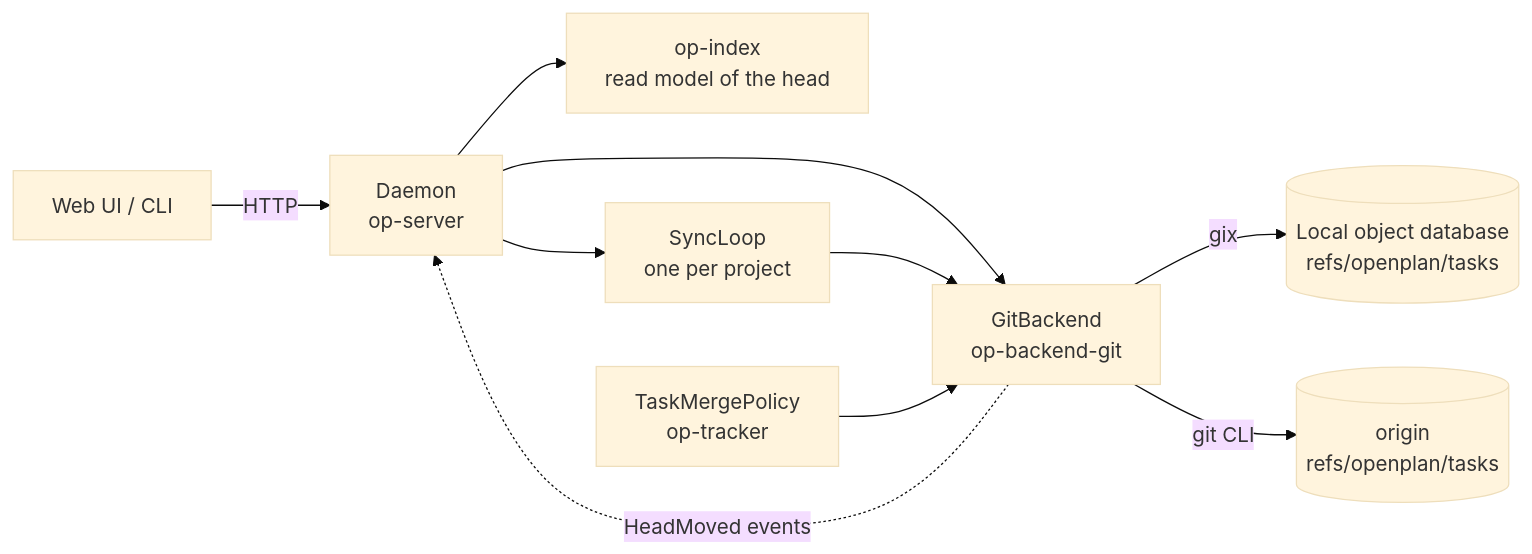
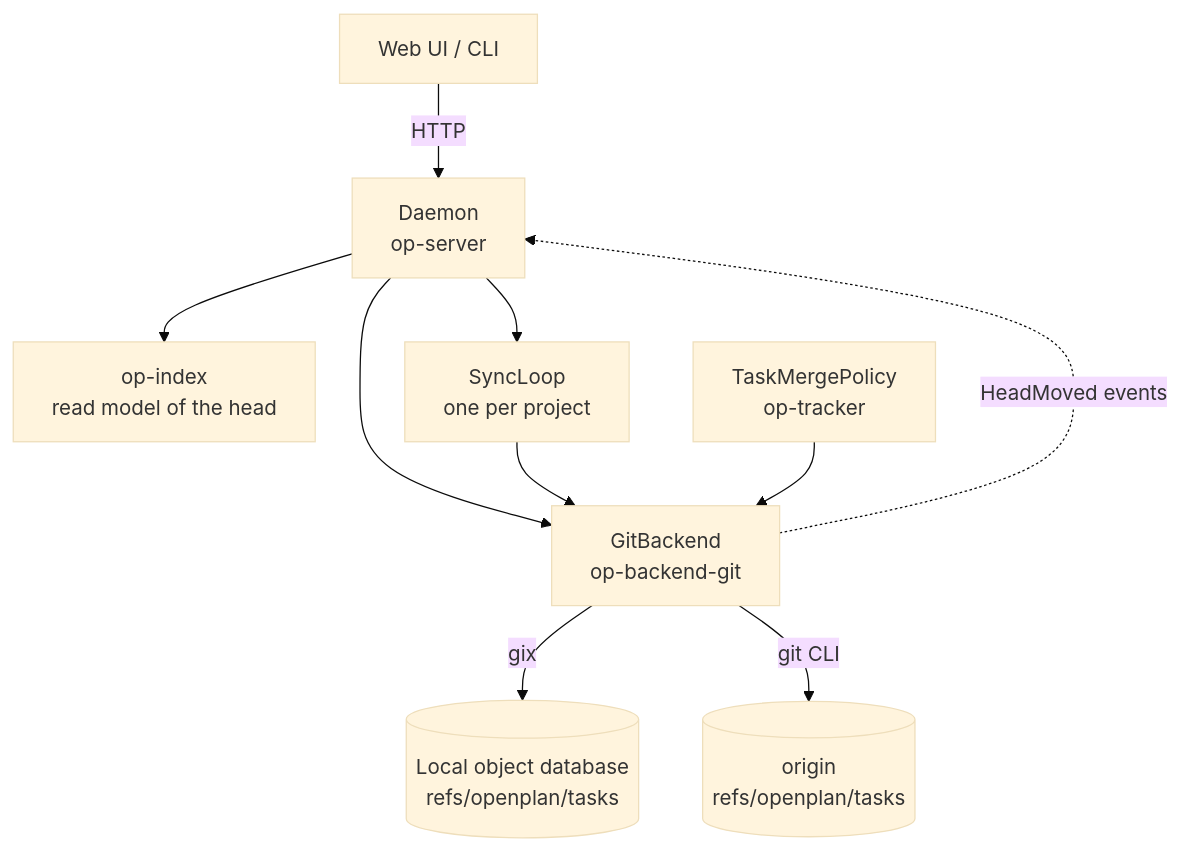
One commit to sukovanej/openplan changed the first of 6 diagrams in docs/storage-and-sync.md. Above: the diagram before and after it, drawn with Mermaid (base theme). The commit also changed other lines of this file, not shown here.

````diff
--- a/docs/storage-and-sync.md
+++ b/docs/storage-and-sync.md
@@ -10,12 +10,12 @@
 ```mermaid
-flowchart LR
+flowchart TD
   ui["Web UI / CLI"] -->|HTTP| daemon["Daemon<br/>op-server"]
   daemon --> index["op-index<br/>read model of the head"]
   daemon --> backend["GitBackend<br/>op-backend-git"]
   daemon --> loop["SyncLoop<br/>one per project"]
   loop --> backend
   backend -->|gix| odb[("Local object database<br/>refs/openplan/tasks")]
   backend -->|git CLI| origin[("origin<br/>refs/openplan/tasks")]
   backend -. "HeadMoved events" .-> daemon
   policy["TaskMergePolicy<br/>op-tracker"] --> backend
 ```
````
